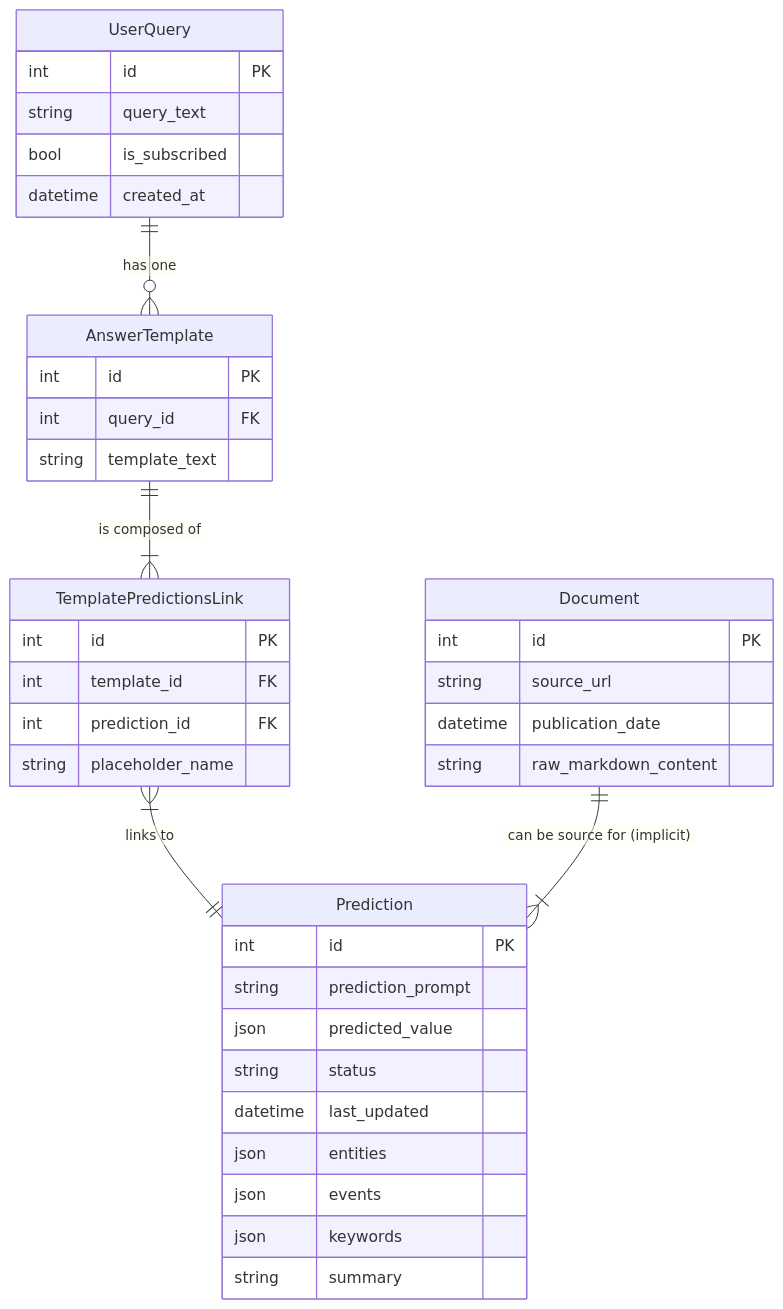
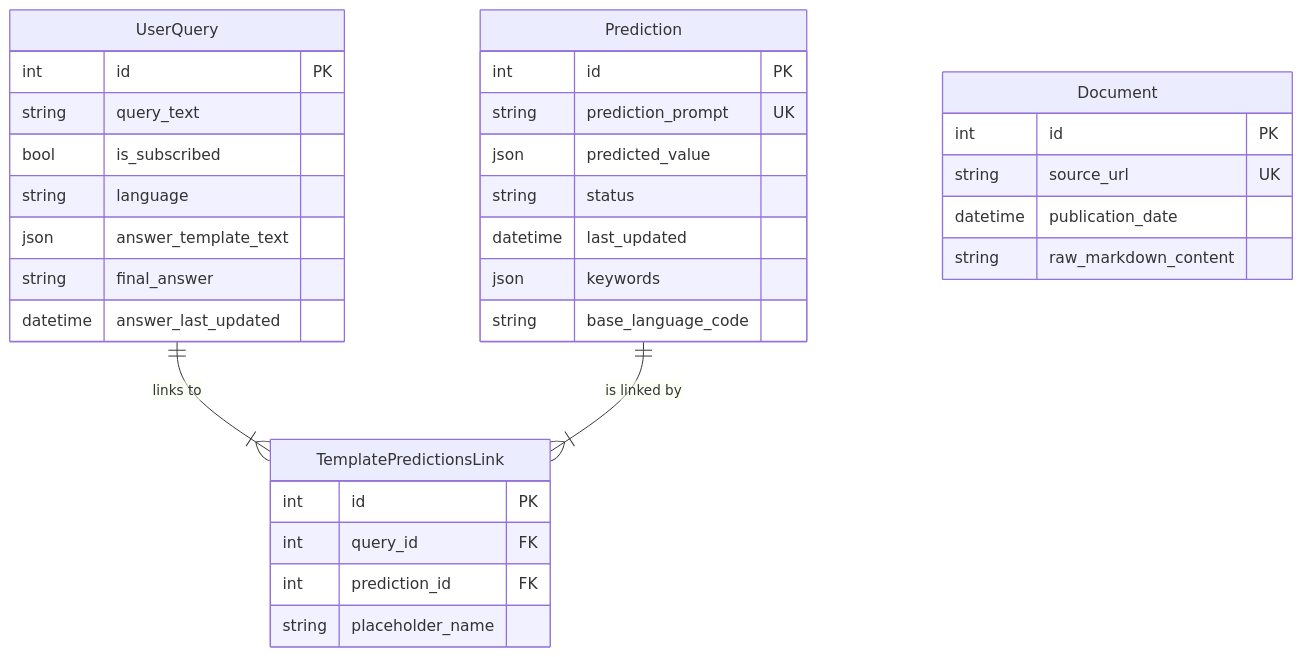
The first of 2 diagrams in README.md (the-s-developer/proactive), drawn with Mermaid before and after one commit. The commit also changed other lines of this file and 1 other file, not shown here.

````diff
--- a/README.md
+++ b/README.md
@@ -44,42 +41,36 @@
 ```mermaid
 erDiagram
-    UserQuery ||--o{ AnswerTemplate : "has one"
-    AnswerTemplate ||--|{ TemplatePredictionsLink : "is composed of"
-    TemplatePredictionsLink }|--|| Prediction : "links to"
-    Document ||--|{ Prediction : "can be source for (implicit)"
-
     UserQuery {
         int id PK
         string query_text
         bool is_subscribed
-        datetime created_at
-    }
-    AnswerTemplate {
-        int id PK
-        int query_id FK
-        string template_text
+        string language
+        json answer_template_text
+        string final_answer
+        datetime answer_last_updated
     }
     Prediction {
         int id PK
-        string prediction_prompt
+        string prediction_prompt UK
         json predicted_value
         string status
         datetime last_updated
-        json entities
-        json events
         json keywords
-        string summary
+        string base_language_code
     }
     TemplatePredictionsLink {
         int id PK
-        int template_id FK
+        int query_id FK
         int prediction_id FK
         string placeholder_name
     }
     Document {
         int id PK
-        string source_url
+        string source_url UK
         datetime publication_date
         string raw_markdown_content
     }
+
+    UserQuery ||--|{ TemplatePredictionsLink : "links to"
+    Prediction ||--|{ TemplatePredictionsLink : "is linked by"
 ```
````
